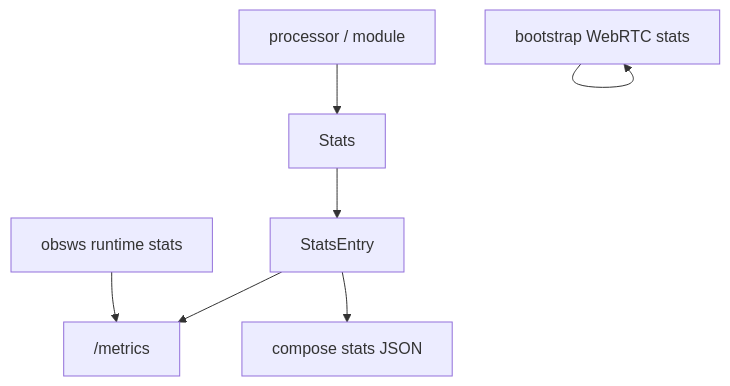
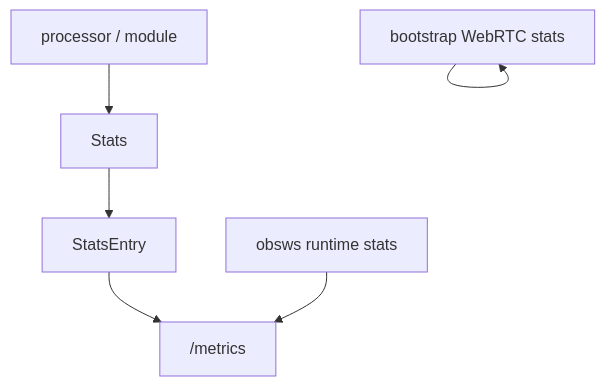
One commit to shiguredo/hisui changed the first of 2 diagrams in docs/internals/stats.md. Above: the diagram before and after it, drawn with Mermaid. The commit also changed other lines of this file and 18 other files, not shown here.

````diff
--- a/docs/internals/stats.md
+++ b/docs/internals/stats.md
@@ -30,17 +29,15 @@
 ```mermaid
 flowchart TD
     modules["processor / module"]
     stats["Stats"]
     entries["StatsEntry"]
     metrics["/metrics"]
-    compose["compose stats JSON"]
     obsws["obsws runtime stats"]
     webrtc["bootstrap WebRTC stats"]
 
     modules --> stats
     stats --> entries
     entries --> metrics
-    entries --> compose
     obsws --> metrics
     webrtc --> webrtc
 ```
````
